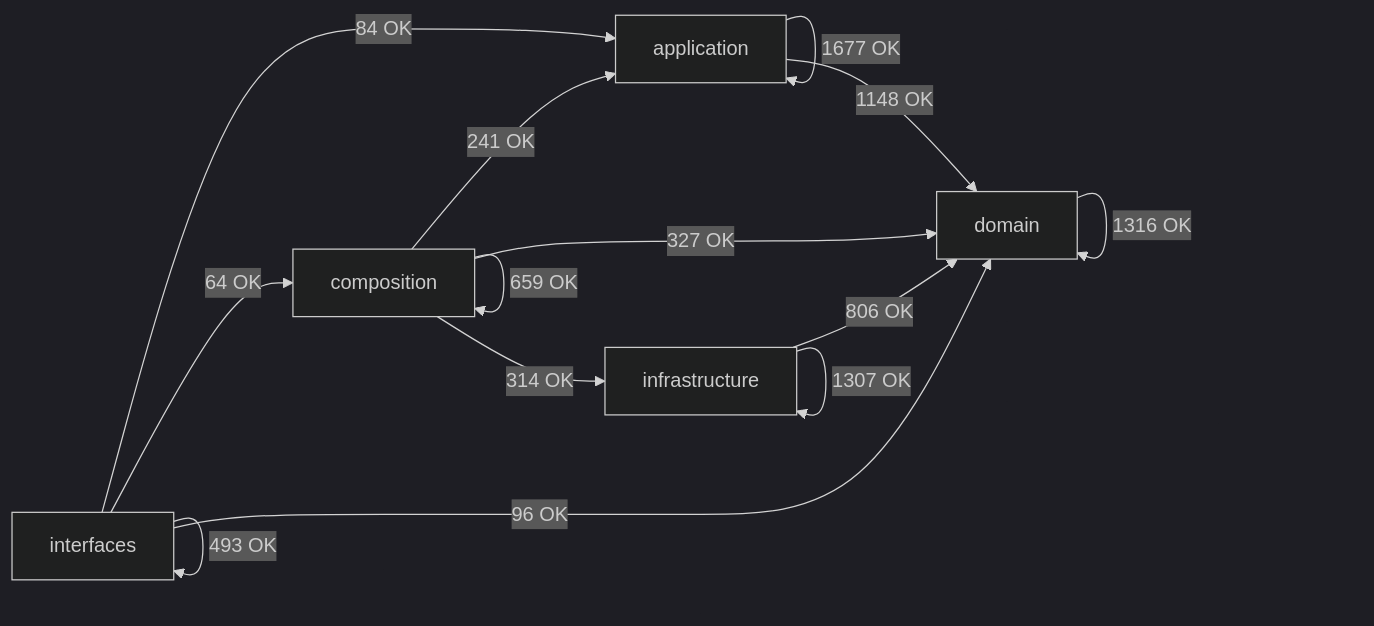
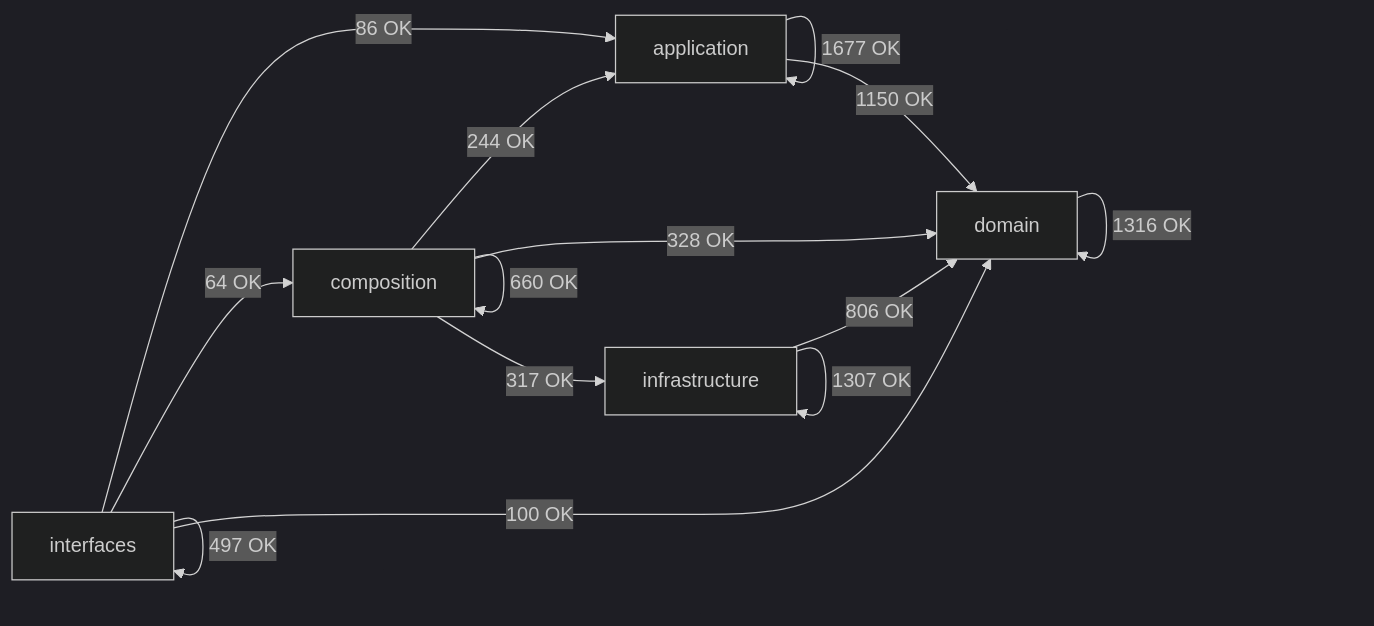
One commit to SatoryKono/BioactivityDataAcquisition changed the diagram in docs/02-architecture/generated/module-dependency-map.md. Above: the diagram before and after it, drawn with Mermaid (dark theme). The commit also changed other lines of this file and 151 other files, not shown here.

````diff
--- a/docs/02-architecture/generated/module-dependency-map.md
+++ b/docs/02-architecture/generated/module-dependency-map.md
@@ -17,21 +17,21 @@
 ```mermaid
 flowchart LR
     domain[domain]
     application[application]
     infrastructure[infrastructure]
     composition[composition]
     interfaces[interfaces]
     application -->|1677 OK| application
-    application -->|1148 OK| domain
-    composition -->|241 OK| application
-    composition -->|659 OK| composition
-    composition -->|327 OK| domain
-    composition -->|314 OK| infrastructure
+    application -->|1150 OK| domain
+    composition -->|244 OK| application
+    composition -->|660 OK| composition
+    composition -->|328 OK| domain
+    composition -->|317 OK| infrastructure
     domain -->|1316 OK| domain
     infrastructure -->|806 OK| domain
     infrastructure -->|1307 OK| infrastructure
-    interfaces -->|84 OK| application
+    interfaces -->|86 OK| application
     interfaces -->|64 OK| composition
-    interfaces -->|96 OK| domain
-    interfaces -->|493 OK| interfaces
+    interfaces -->|100 OK| domain
+    interfaces -->|497 OK| interfaces
 ```
````
